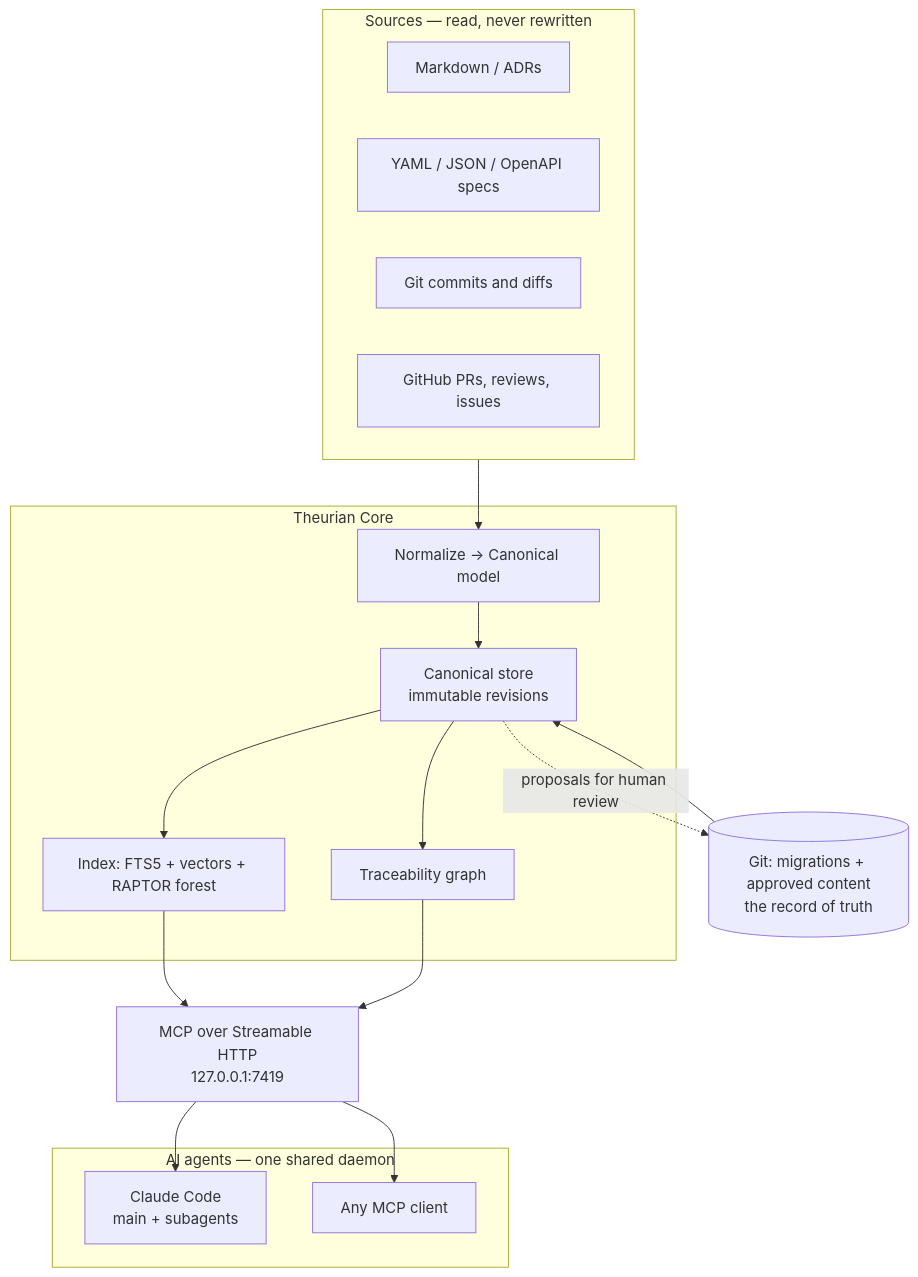
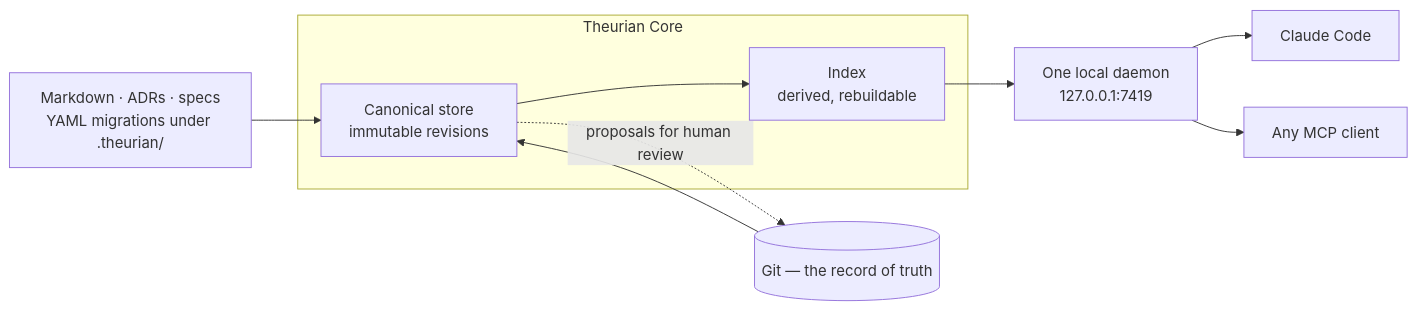
One commit to theurian/theurian changed the diagram in README.md. Above: the diagram before and after it, drawn with Mermaid. The commit also changed other lines of this file and 2 other files, not shown here.

````diff
--- a/README.md
+++ b/README.md
@@ -66,32 +318,20 @@
 ```mermaid
-flowchart TB
-    subgraph Sources["Sources — read, never rewritten"]
-        MD["Markdown / ADRs"]
-        SPEC["YAML / JSON / OpenAPI specs"]
-        GIT["Git commits and diffs"]
-        GH["GitHub PRs, reviews, issues"]
+flowchart LR
+    SRC["Markdown · ADRs · specs<br/>YAML migrations under .theurian/"]
+    GIT[("Git — the record of truth")]
+    subgraph CORE["Theurian Core"]
+        STORE["Canonical store<br/>immutable revisions"]
+        IDX["Index<br/>derived, rebuildable"]
+        STORE --> IDX
     end
+    MCP["One local daemon<br/>127.0.0.1:7419"]
+    CC["Claude Code"]
+    ANY["Any MCP client"]
 
-    subgraph Core["Theurian Core"]
-        NORM["Normalize → Canonical model"]
-        STORE["Canonical store<br/>immutable revisions"]
-        INDEX["Index: FTS5 + vectors + RAPTOR forest"]
-        TRACE["Traceability graph"]
-    end
-
-    subgraph Agents["AI agents — one shared daemon"]
-        CC["Claude Code<br/>main + subagents"]
-        OTHER["Any MCP client"]
-    end
-
-    Sources --> NORM --> STORE
-    STORE --> INDEX
-    STORE --> TRACE
-    INDEX --> MCP["MCP over Streamable HTTP<br/>127.0.0.1:7419"]
-    TRACE --> MCP
+    SRC --> STORE
+    GIT --> STORE
+    STORE -.->|proposals for human review| GIT
+    IDX --> MCP
     MCP --> CC
-    MCP --> OTHER
-
-    GITREPO[("Git: migrations + approved content<br/>the record of truth")] --> STORE
-    STORE -.->|proposals for human review| GITREPO
+    MCP --> ANY
 ```
````
